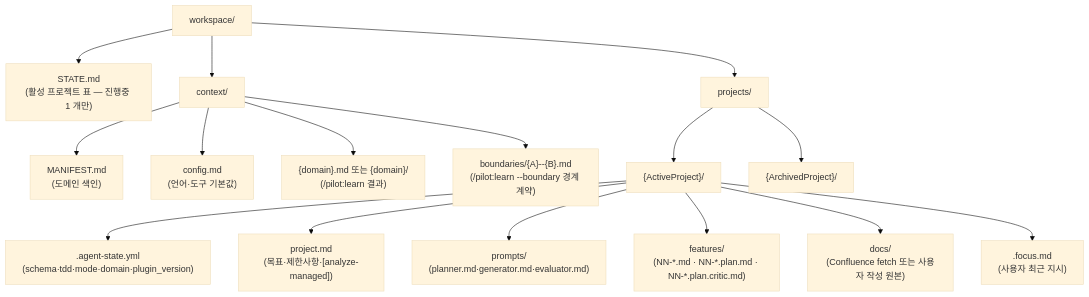
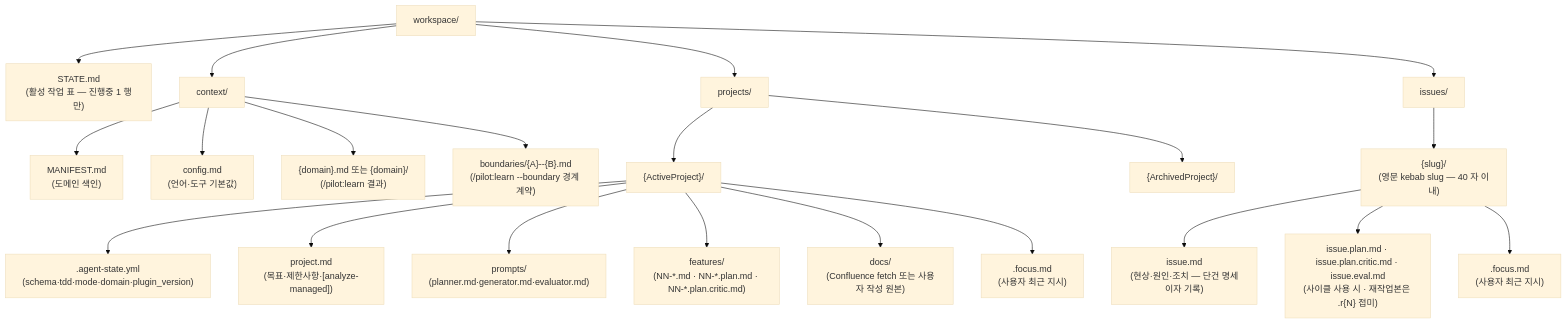
The diagram in pilot/docs/explanation/workspace-layout.md (radiostart/claude-plugins), drawn with Mermaid (base theme) before and after one commit. The commit also changed other lines of this file and 16 other files, not shown here.

````diff
--- a/pilot/docs/explanation/workspace-layout.md
+++ b/pilot/docs/explanation/workspace-layout.md
@@ -7,39 +7,52 @@
 ```mermaid
 graph TD
     WS[workspace/]
-    STATE["STATE.md<br/>(활성 프로젝트 표 — 진행중 1 개만)"]
+    STATE["STATE.md<br/>(활성 작업 표 — 진행중 1 행만)"]
     CTX[context/]
     PROJS[projects/]
+    ISSUES[issues/]
 
     WS --> STATE
     WS --> CTX
     WS --> PROJS
+    WS --> ISSUES
 
     CTX_MANIFEST["MANIFEST.md<br/>(도메인 색인)"]
     CTX_CONFIG["config.md<br/>(언어·도구 기본값)"]
     CTX_DOMAINS["{domain}.md 또는 {domain}/<br/>(/pilot:learn 결과)"]
     CTX_BOUNDARIES["boundaries/{A}--{B}.md<br/>(/pilot:learn --boundary 경계 계약)"]
     CTX --> CTX_MANIFEST
     CTX --> CTX_CONFIG
     CTX --> CTX_DOMAINS
     CTX --> CTX_BOUNDARIES
 
     P1["{ActiveProject}/"]
     P2["{ArchivedProject}/"]
     PROJS --> P1
     PROJS --> P2
 
     P1_STATE[".agent-state.yml<br/>(schema·tdd·mode·domain·plugin_version)"]
     P1_PROJECT["project.md<br/>(목표·제한사항·[analyze-managed])"]
     P1_PROMPTS["prompts/<br/>(planner.md·generator.md·evaluator.md)"]
     P1_FEATURES["features/<br/>(NN-*.md · NN-*.plan.md · NN-*.plan.critic.md)"]
     P1_DOCS["docs/<br/>(Confluence fetch 또는 사용자 작성 원본)"]
     P1_FOCUS[".focus.md<br/>(사용자 최근 지시)"]
 
     P1 --> P1_STATE
     P1 --> P1_PROJECT
     P1 --> P1_PROMPTS
     P1 --> P1_FEATURES
     P1 --> P1_DOCS
     P1 --> P1_FOCUS
+
+    I1["{slug}/<br/>(영문 kebab slug — 40 자 이내)"]
+    ISSUES --> I1
+
+    I1_ISSUE["issue.md<br/>(현상·원인·조치 — 단건 명세이자 기록)"]
+    I1_CYCLE["issue.plan.md · issue.plan.critic.md · issue.eval.md<br/>(사이클 사용 시 · 재작업본은 .r{N} 접미)"]
+    I1_FOCUS[".focus.md<br/>(사용자 최근 지시)"]
+
+    I1 --> I1_ISSUE
+    I1 --> I1_CYCLE
+    I1 --> I1_FOCUS
 ```
````
